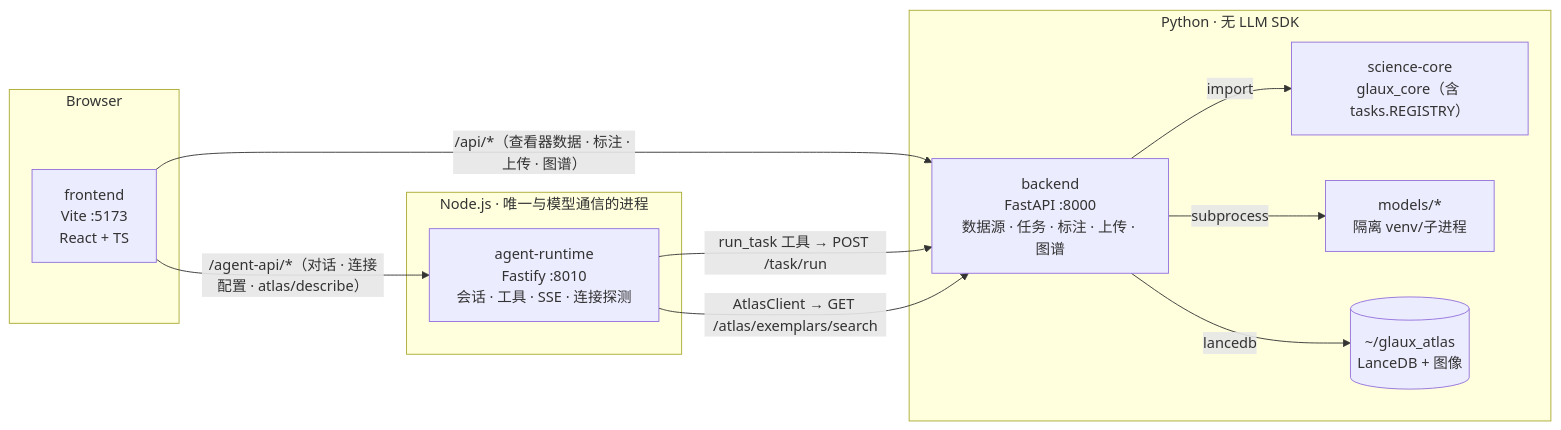
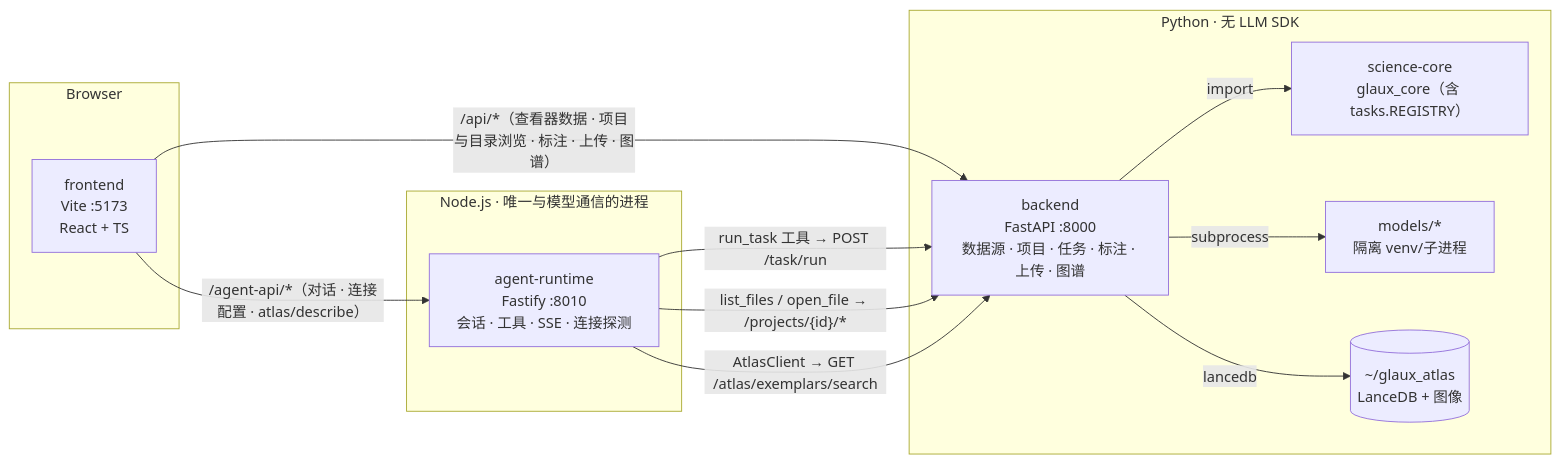
One commit to zhentai-sn/open-glaux changed the first of 2 diagrams in docs/architecture.zh-CN.md. Above: the diagram before and after it, drawn with Mermaid. The commit also changed other lines of this file and 6 other files, not shown here.

````diff
--- a/docs/architecture.zh-CN.md
+++ b/docs/architecture.zh-CN.md
@@ -21,25 +21,26 @@
 ```mermaid
 graph LR
     subgraph Browser
         FE["frontend<br/>Vite :5173<br/>React + TS"]
     end
 
     subgraph "Node.js · 唯一与模型通信的进程"
         AR["agent-runtime<br/>Fastify :8010<br/>会话 · 工具 · SSE · 连接探测"]
     end
 
     subgraph "Python · 无 LLM SDK"
-        BE["backend<br/>FastAPI :8000<br/>数据源 · 任务 · 标注 · 上传 · 图谱"]
+        BE["backend<br/>FastAPI :8000<br/>数据源 · 项目 · 任务 · 标注 · 上传 · 图谱"]
         SC["science-core<br/>glaux_core（含 tasks.REGISTRY）"]
         MD["models/*<br/>隔离 venv/子进程"]
         AT[("~/glaux_atlas<br/>LanceDB + 图像")]
     end
 
     FE -- "/agent-api/*（对话 · 连接配置 · atlas/describe）" --> AR
-    FE -- "/api/*（查看器数据 · 标注 · 上传 · 图谱）" --> BE
+    FE -- "/api/*（查看器数据 · 项目与目录浏览 · 标注 · 上传 · 图谱）" --> BE
     AR -- "run_task 工具 → POST /task/run" --> BE
+    AR -- "list_files / open_file → /projects/{id}/*" --> BE
     AR -- "AtlasClient → GET /atlas/exemplars/search" --> BE
     BE -- "lancedb" --> AT
     BE -- "import" --> SC
     BE -- "subprocess" --> MD
 ```
````
